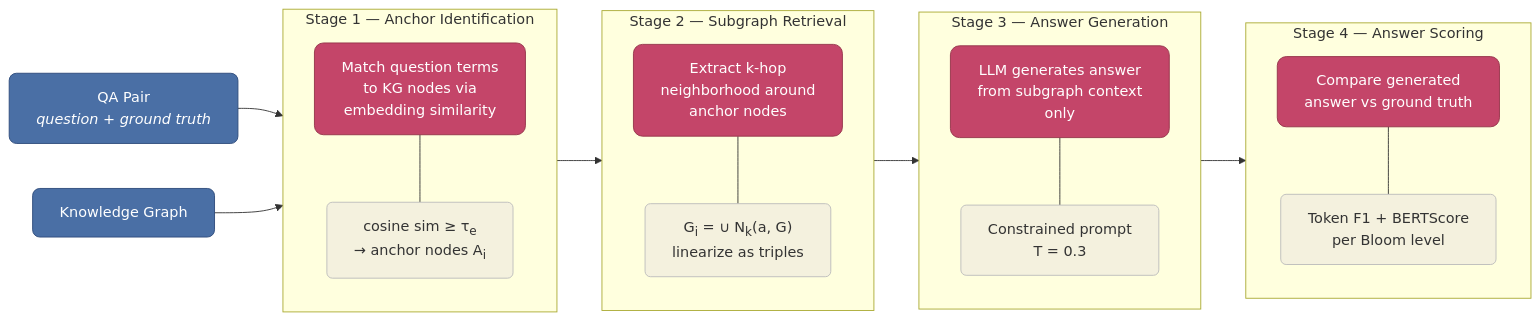
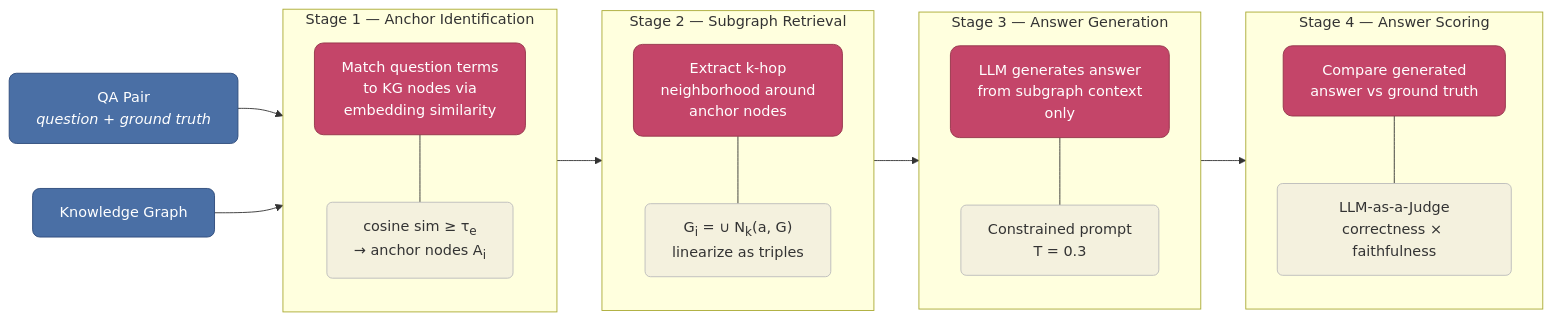
The seventh of 9 diagrams in docs/methodology.md (FredDsR/arandu), drawn with Mermaid before and after one commit. The commit also changed other lines of this file, not shown here.

First line of the commit message:
docs(methodology): add faithfulness rubric and implementation details

````diff
--- a/docs/methodology.md
+++ b/docs/methodology.md
@@ -413,43 +413,43 @@
 ```mermaid
 flowchart LR
     classDef stage fill:#c44569,stroke:#943349,color:#fff,rx:10,ry:10
     classDef detail fill:#f4f1de,stroke:#bbb,color:#333,rx:6,ry:6
     classDef io fill:#4a6fa5,stroke:#2d4a7a,color:#fff,rx:8,ry:8
 
     Q["QA Pair<br/><i>question + ground truth</i>"]:::io
     KG["Knowledge Graph"]:::io
 
     subgraph S1["Stage 1 — Anchor Identification"]
         direction TB
         A1["Match question terms<br/>to KG nodes via<br/>embedding similarity"]:::stage
         A1D["cosine sim ≥ τ<sub>e</sub><br/>→ anchor nodes A<sub>i</sub>"]:::detail
         A1 --- A1D
     end
 
     subgraph S2["Stage 2 — Subgraph Retrieval"]
         direction TB
         A2["Extract k-hop<br/>neighborhood around<br/>anchor nodes"]:::stage
         A2D["G<sub>i</sub> = ∪ N<sub>k</sub>(a, G)<br/>linearize as triples"]:::detail
         A2 --- A2D
     end
 
     subgraph S3["Stage 3 — Answer Generation"]
         direction TB
         A3["LLM generates answer<br/>from subgraph context<br/>only"]:::stage
         A3D["Constrained prompt<br/>T = 0.3"]:::detail
         A3 --- A3D
     end
 
     subgraph S4["Stage 4 — Answer Scoring"]
         direction TB
         A4["Compare generated<br/>answer vs ground truth"]:::stage
-        A4D["Token F1 + BERTScore<br/>per Bloom level"]:::detail
+        A4D["LLM-as-a-Judge<br/>correctness × faithfulness"]:::detail
         A4 --- A4D
     end
 
     Q --> S1
     KG --> S1
     S1 --> S2
     S2 --> S3
     S3 --> S4
 ```
````
